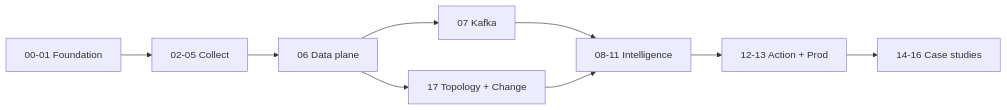
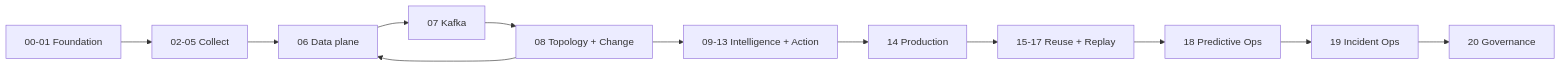
One commit to XUanhoa04/aiops-engineering-handbook changed the diagram in docs/index.md. Above: the diagram before and after it, drawn with Mermaid. The commit also changed other lines of this file and 71 other files, not shown here.

Commit message:
docs: add predictive incident and governance engines

````diff
--- a/docs/index.md
+++ b/docs/index.md
@@ -26,11 +26,14 @@
 ```mermaid
 graph LR
     A[00-01 Foundation] --> B[02-05 Collect]
     B --> C[06 Data plane]
     C --> D[07 Kafka]
-    D --> E[08-11 Intelligence]
-    E --> F[12-13 Action + Prod]
-    F --> G[14-16 Case studies]
-    C --> H[17 Topology + Change]
-    H --> E
+    D --> H[08 Topology + Change]
+    H --> E[09-13 Intelligence + Action]
+    E --> F[14 Production]
+    F --> G[15-17 Reuse + Replay]
+    G --> I[18 Predictive Ops]
+    I --> J[19 Incident Ops]
+    J --> K[20 Governance]
+    H --> C
 ```
````
